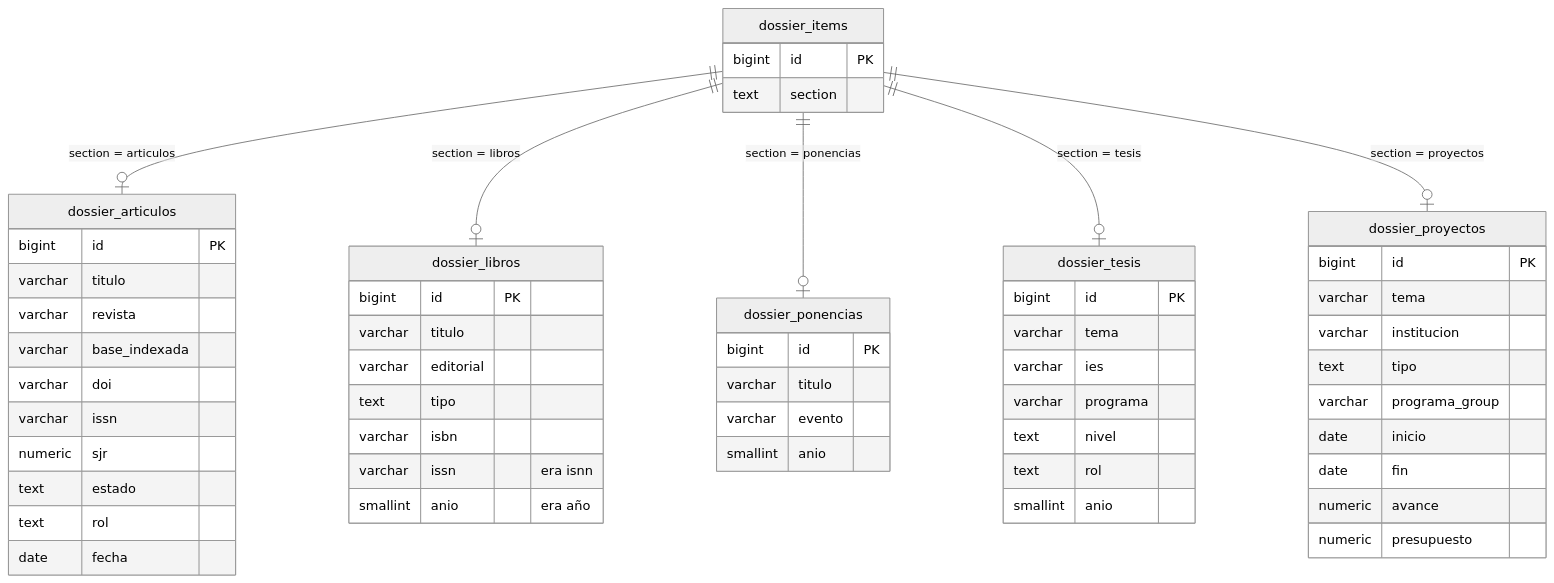
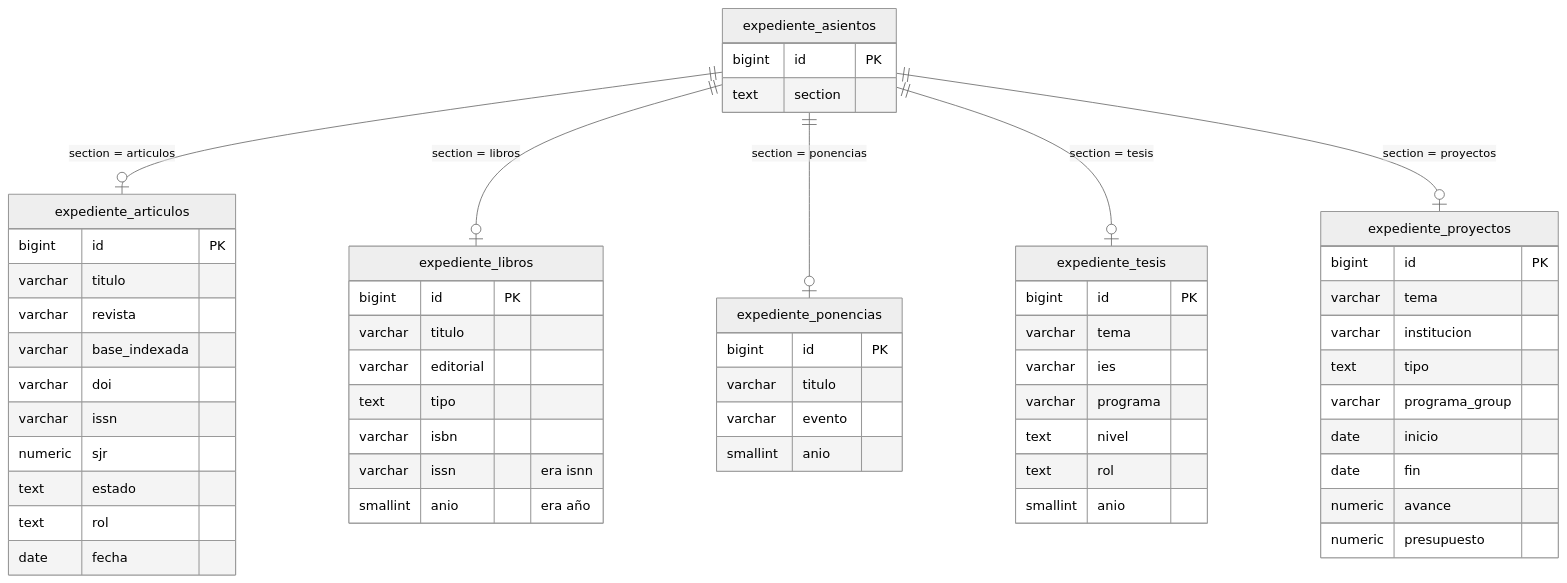
The fourth of 5 diagrams in docs/src/content/docs/complemento/expediente.md (fresvel/deasy), drawn with Mermaid (neutral theme) before and after one commit. The commit also changed other lines of this file and 2 other files, not shown here.

````diff
--- a/docs/src/content/docs/complemento/expediente.md
+++ b/docs/src/content/docs/complemento/expediente.md
@@ -265,65 +265,65 @@
 ```mermaid
 erDiagram
-  dossier_items ||--o| dossier_articulos : "section = articulos"
-  dossier_items ||--o| dossier_libros : "section = libros"
-  dossier_items ||--o| dossier_ponencias : "section = ponencias"
-  dossier_items ||--o| dossier_tesis : "section = tesis"
-  dossier_items ||--o| dossier_proyectos : "section = proyectos"
+  expediente_asientos ||--o| expediente_articulos : "section = articulos"
+  expediente_asientos ||--o| expediente_libros : "section = libros"
+  expediente_asientos ||--o| expediente_ponencias : "section = ponencias"
+  expediente_asientos ||--o| expediente_tesis : "section = tesis"
+  expediente_asientos ||--o| expediente_proyectos : "section = proyectos"
 
-  dossier_items {
+  expediente_asientos {
     bigint id PK
     text section
   }
 
-  dossier_articulos {
+  expediente_articulos {
     bigint id PK
     varchar titulo
     varchar revista
     varchar base_indexada
     varchar doi
     varchar issn
     numeric sjr
     text estado
     text rol
     date fecha
   }
 
-  dossier_libros {
+  expediente_libros {
     bigint id PK
     varchar titulo
     varchar editorial
     text tipo
     varchar isbn
     varchar issn "era isnn"
     smallint anio "era año"
   }
 
-  dossier_ponencias {
+  expediente_ponencias {
     bigint id PK
     varchar titulo
     varchar evento
     smallint anio
   }
 
-  dossier_tesis {
+  expediente_tesis {
     bigint id PK
     varchar tema
     varchar ies
     varchar programa
     text nivel
     text rol
     smallint anio
   }
 
-  dossier_proyectos {
+  expediente_proyectos {
     bigint id PK
     varchar tema
     varchar institucion
     text tipo
     varchar programa_group
     date inicio
     date fin
     numeric avance
     numeric presupuesto
   }
 ```
````
